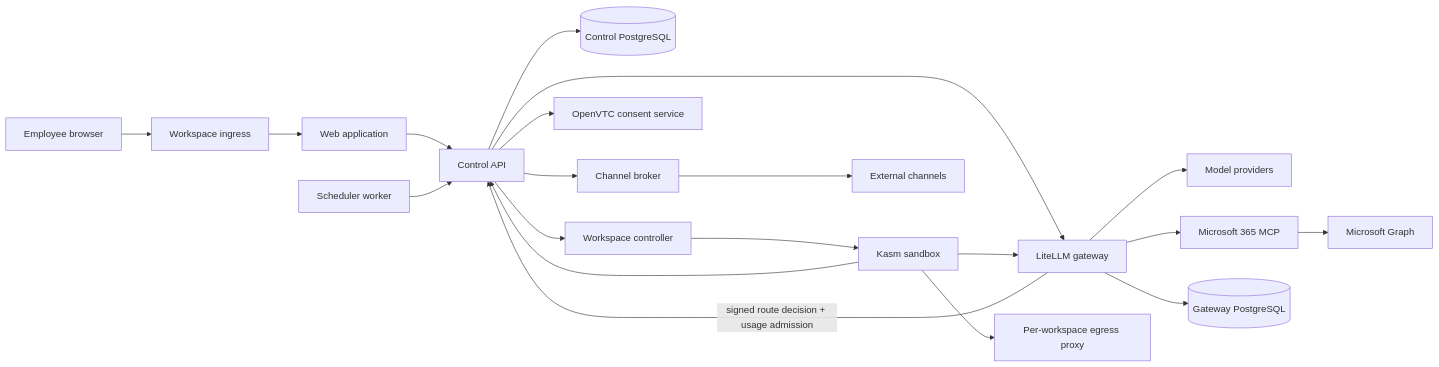
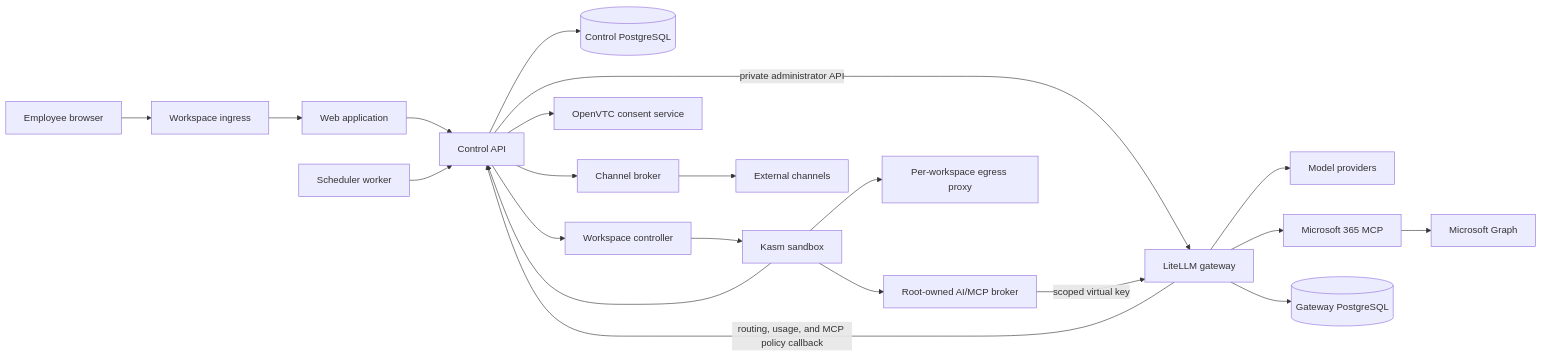
One commit to ONE-Computer/LemmaComputer changed the diagram in README.md. Above: the diagram before and after it, drawn with Mermaid. The commit also changed other lines of this file and 7 other files, not shown here.

Commit message:
docs: clarify LiteLLM gateway architecture

````diff
--- a/README.md
+++ b/README.md
@@ -32,25 +32,26 @@
 ```mermaid
 flowchart LR
   Employee["Employee browser"] --> Ingress["Workspace ingress"]
   Ingress --> Web["Web application"]
   Web --> Control["Control API"]
 
   Control --> Store[("Control PostgreSQL")]
   Control --> Controller["Workspace controller"]
   Controller --> Sandbox["Kasm sandbox"]
   Control --> Consent["OpenVTC consent service"]
-  Control --> Gateway["LiteLLM gateway"]
-  Gateway -->|"signed route decision + usage admission"| Control
+  Control -->|"private administrator API"| Gateway["LiteLLM gateway"]
+  Gateway -->|"routing, usage, and MCP policy callback"| Control
   Control --> Broker["Channel broker"]
   Scheduler["Scheduler worker"] --> Control
 
-  Sandbox --> Gateway
+  Sandbox --> Loopback["Root-owned AI/MCP broker"]
+  Loopback -->|"scoped virtual key"| Gateway
   Sandbox --> Control
   Sandbox --> Egress["Per-workspace egress proxy"]
   Gateway --> Models["Model providers"]
   Gateway --> M365["Microsoft 365 MCP"]
   M365 --> Graph["Microsoft Graph"]
   Broker --> Channels["External channels"]
 
   Gateway --> GatewayStore[("Gateway PostgreSQL")]
 ```
````
